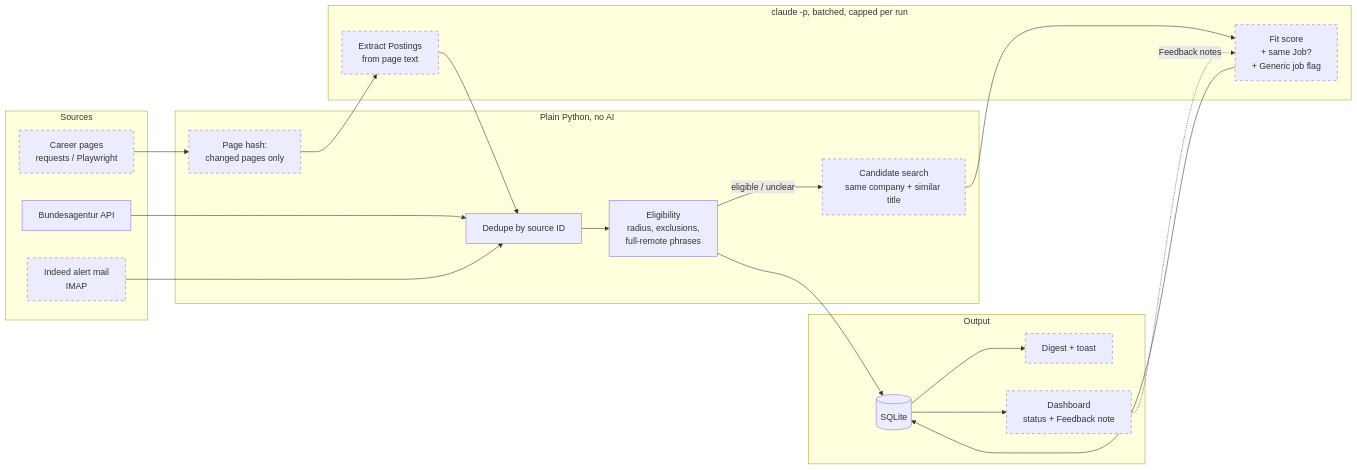
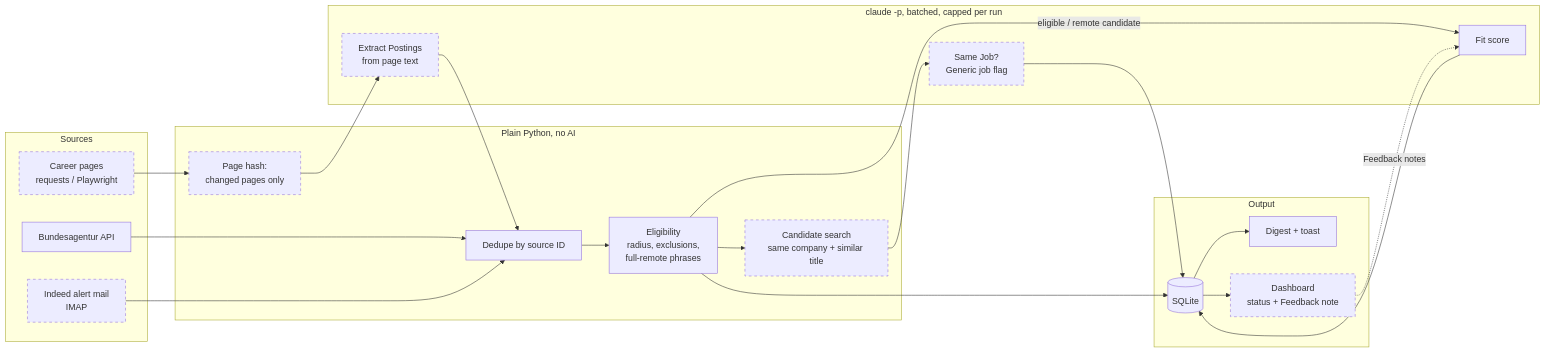
The diagram in README.md (H4ppyFlu/JobSearch), drawn with Mermaid before and after one commit. The commit also changed other lines of this file and 13 other files, not shown here.

First line of the commit message:
Phase 3: Fit scoring, Digest and toast

````diff
--- a/README.md
+++ b/README.md
@@ -13,32 +13,34 @@
 ```mermaid
 flowchart LR
     subgraph Sources
         BA[Bundesagentur API]
         IM[Indeed alert mail<br/>IMAP]:::planned
         CP[Career pages<br/>requests / Playwright]:::planned
     end
     subgraph Rules["Plain Python, no AI"]
         DD[Dedupe by source ID]
         EL[Eligibility<br/>radius, exclusions,<br/>full-remote phrases]
         CS[Candidate search<br/>same company + similar title]:::planned
         HS[Page hash:<br/>changed pages only]:::planned
     end
     subgraph AI["claude -p, batched, capped per run"]
-        SC[Fit score<br/>+ same Job?<br/>+ Generic job flag]:::planned
+        SC[Fit score]
+        MJ[Same Job?<br/>Generic job flag]:::planned
         EX[Extract Postings<br/>from page text]:::planned
     end
     subgraph Output
         DB[(SQLite)]
-        DG[Digest + toast]:::planned
+        DG[Digest + toast]
         DA[Dashboard<br/>status + Feedback note]:::planned
     end
     BA --> DD
     IM --> DD
     CP --> HS --> EX --> DD
     DD --> EL --> DB
-    EL -- eligible / unclear --> CS --> SC --> DB
+    EL -- eligible / remote candidate --> SC --> DB
+    EL --> CS --> MJ --> DB
     DB --> DG
     DB --> DA
     DA -. Feedback notes .-> SC
     classDef planned stroke-dasharray: 5 5
 ```
````
